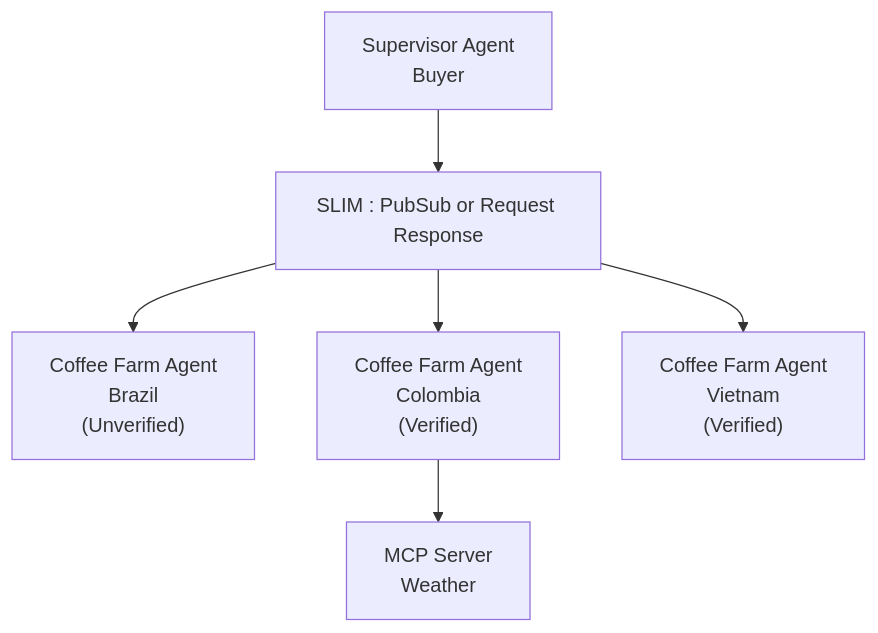
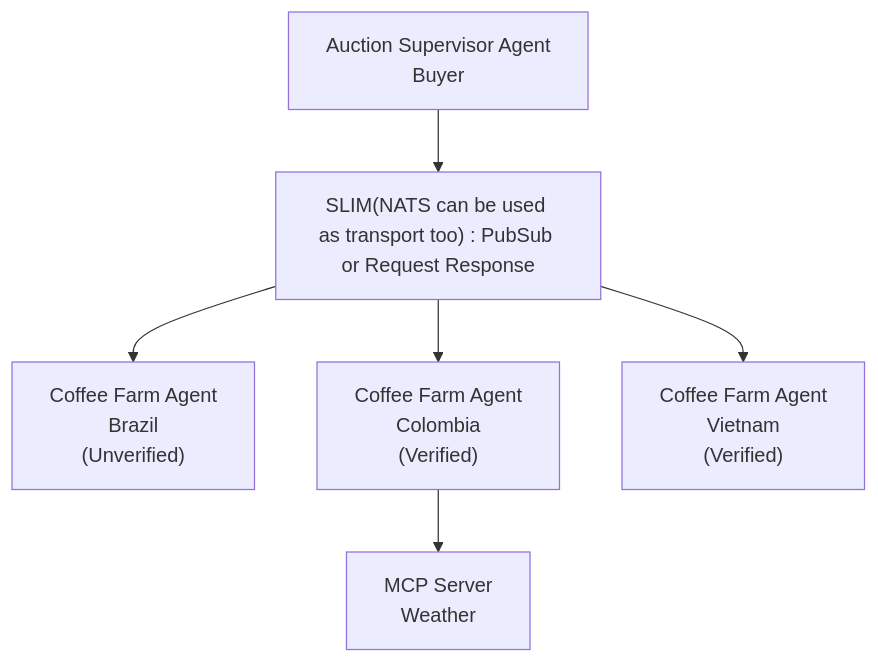
The second of 3 diagrams in docs/coffee-agntcy/get-started.md (agntcy/docs), drawn with Mermaid before and after one commit. The commit also changed other lines of this file and 1 other file, not shown here.

Commit message:
fix: coffee agentcy docs with new SLIM group communication changes

````diff
--- a/docs/coffee-agntcy/get-started.md
+++ b/docs/coffee-agntcy/get-started.md
@@ -53,23 +55,23 @@
 ```mermaid
 flowchart TB
     %% Top
-    S["Supervisor Agent<br/>Buyer"]
+    S["Auction Supervisor Agent<br/>Buyer"]
 
     %% Middle transport bus
-    SLIM["SLIM : PubSub or Request Response"]
+    SLIM["SLIM(NATS can be used as transport too) : PubSub or Request Response"]
 
     %% Farm agents
     F1["Coffee Farm Agent<br/>Brazil<br/>(Unverified)"]
     F2["Coffee Farm Agent<br/>Colombia<br/>(Verified)"]
     F3["Coffee Farm Agent<br/>Vietnam<br/>(Verified)"]
 
     %% MCP server
     MCP["MCP Server<br/>Weather"]
 
     %% Edges
     S --> SLIM
     SLIM --> F1
     SLIM --> F2
     SLIM --> F3
     F2 --> MCP
 ```
````
